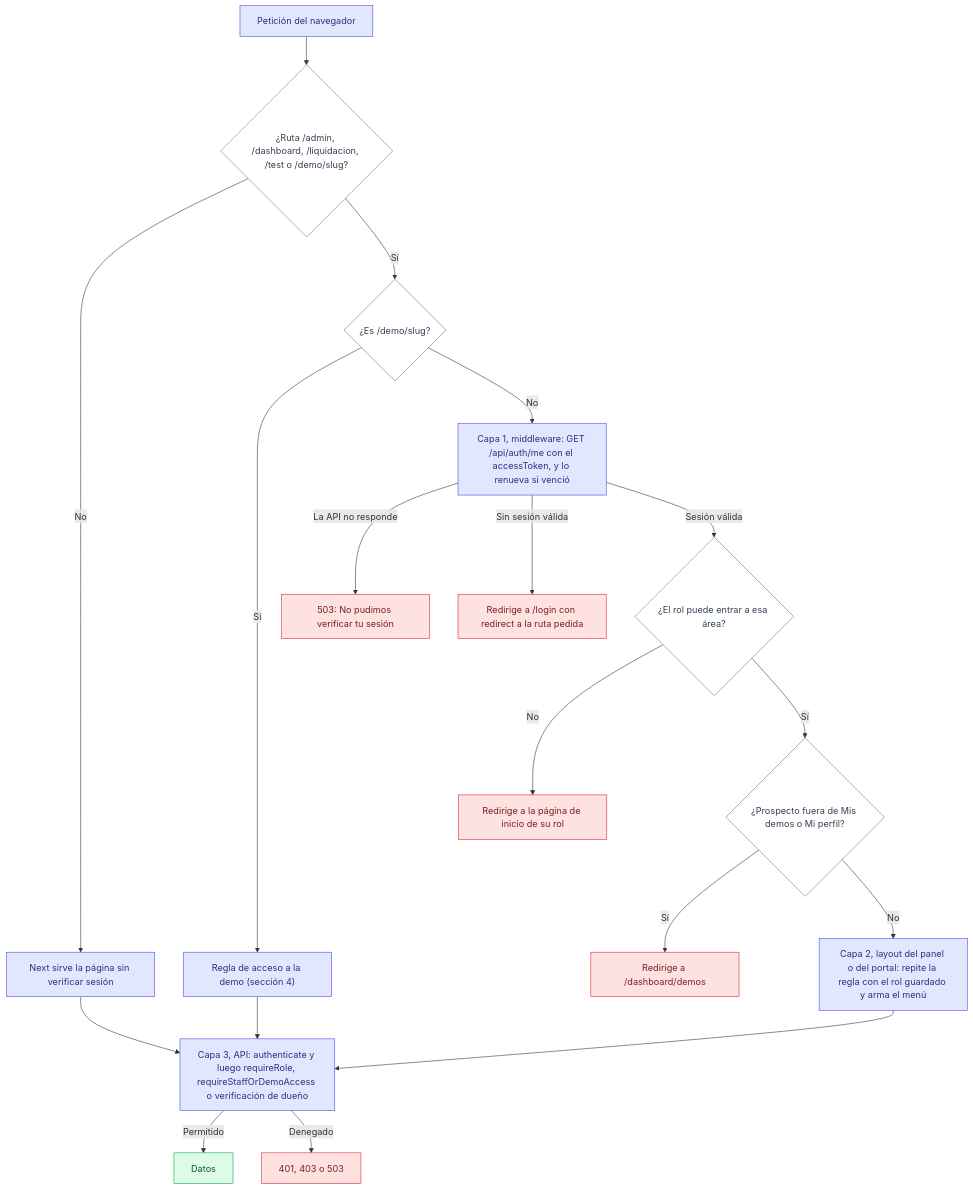
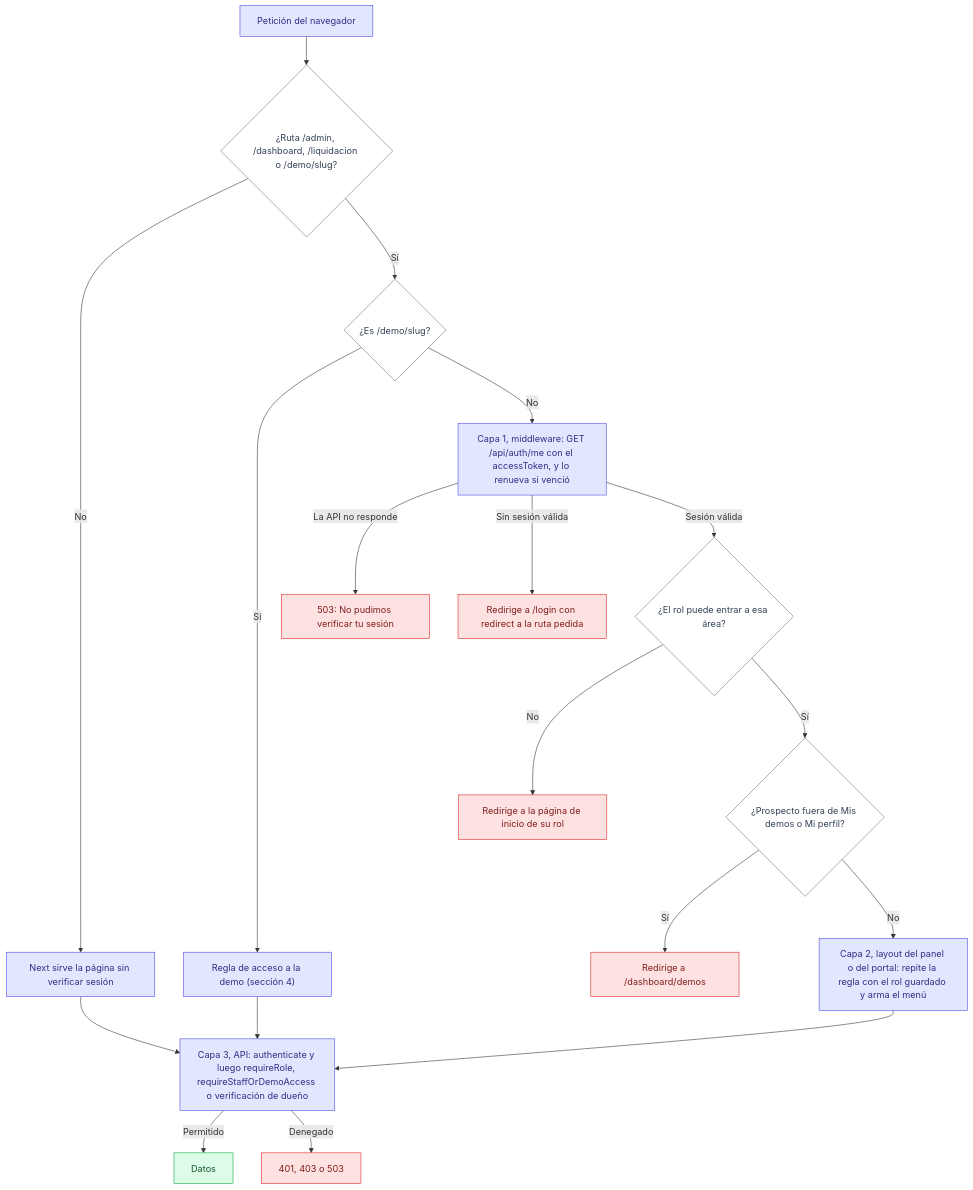
One commit to ronalc90/koptup changed the fourth of 4 diagrams in docs/wiki/Doc-10-Roles-y-Permisos.md. Above: the diagram before and after it, drawn with Mermaid. The commit also changed other lines of this file and 116 other files, not shown here.

````diff
--- a/docs/wiki/Doc-10-Roles-y-Permisos.md
+++ b/docs/wiki/Doc-10-Roles-y-Permisos.md
@@ -243,42 +242,42 @@
 ```mermaid
 flowchart TD
     classDef sistema fill:#e0e7ff,stroke:#4f46e5,color:#312e81
     classDef decision fill:#fff,stroke:#64748b,color:#334155
     classDef error fill:#fee2e2,stroke:#dc2626,color:#7f1d1d
     classDef ok fill:#dcfce7,stroke:#16a34a,color:#14532d
 
     REQ["Petición del navegador"]:::sistema
-    M1{"¿Ruta /admin, /dashboard, /liquidacion, /test o /demo/slug?"}:::decision
+    M1{"¿Ruta /admin, /dashboard, /liquidacion o /demo/slug?"}:::decision
     PUB["Next sirve la página sin verificar sesión"]:::sistema
     M2{"¿Es /demo/slug?"}:::decision
     GATE["Regla de acceso a la demo (sección 4)"]:::sistema
     ME["Capa 1, middleware: GET /api/auth/me con el accessToken, y lo renueva si venció"]:::sistema
     E503["503: No pudimos verificar tu sesión"]:::error
     LOGIN["Redirige a /login con redirect a la ruta pedida"]:::error
     ROL{"¿El rol puede entrar a esa área?"}:::decision
     HOME["Redirige a la página de inicio de su rol"]:::error
     PR{"¿Prospecto fuera de Mis demos o Mi perfil?"}:::decision
     MD["Redirige a /dashboard/demos"]:::error
     LAY["Capa 2, layout del panel o del portal: repite la regla con el rol guardado y arma el menú"]:::sistema
     API["Capa 3, API: authenticate y luego requireRole, requireStaffOrDemoAccess o verificación de dueño"]:::sistema
     OK["Datos"]:::ok
     NO["401, 403 o 503"]:::error
 
     REQ --> M1
     M1 -->|"No"| PUB
     M1 -->|"Sí"| M2
     M2 -->|"Sí"| GATE
     M2 -->|"No"| ME
     ME -->|"La API no responde"| E503
     ME -->|"Sin sesión válida"| LOGIN
     ME -->|"Sesión válida"| ROL
     ROL -->|"No"| HOME
     ROL -->|"Sí"| PR
     PR -->|"Sí"| MD
     PR -->|"No"| LAY
     LAY --> API
     PUB --> API
     GATE --> API
     API -->|"Permitido"| OK
     API -->|"Denegado"| NO
 ```
````
